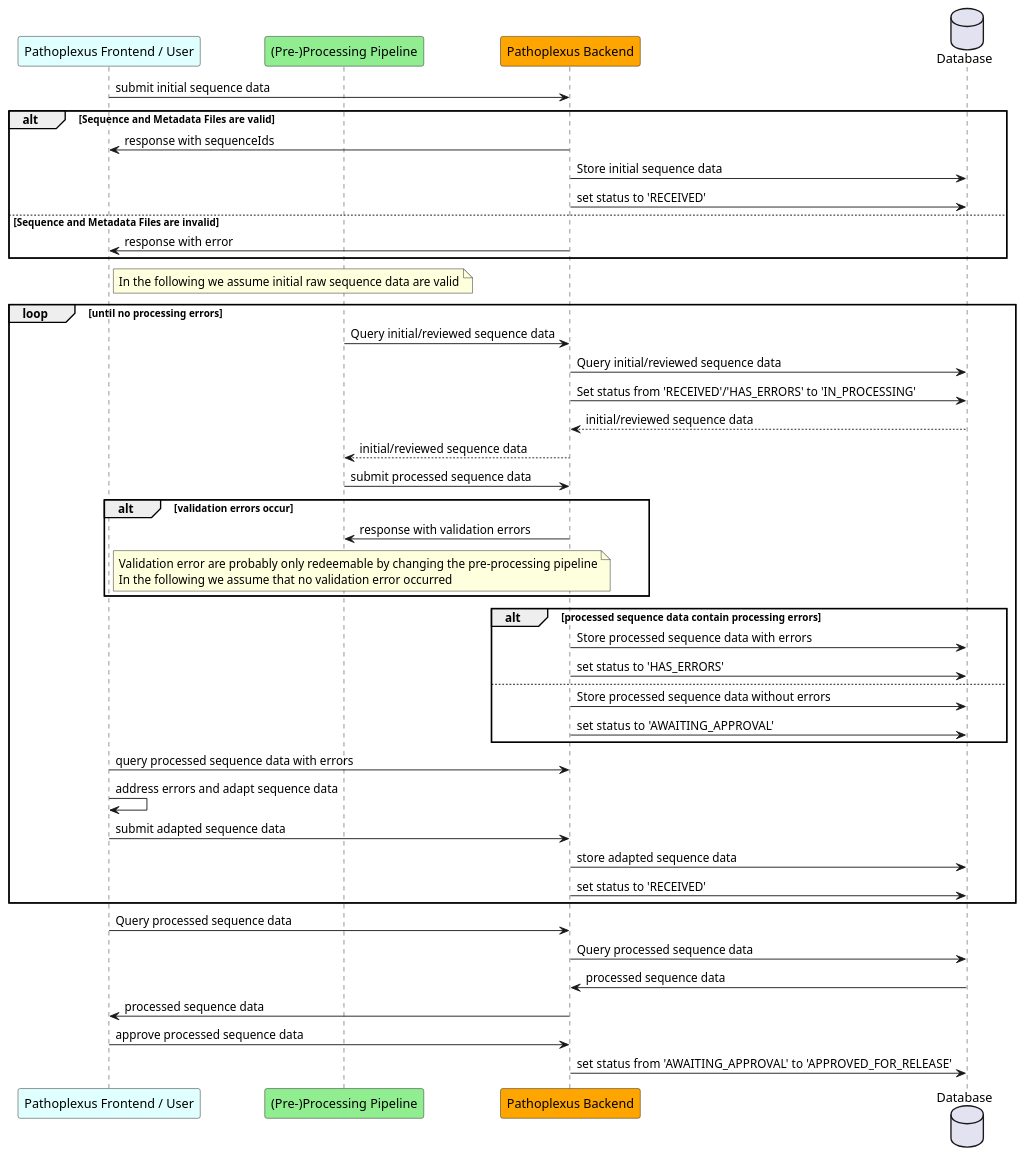
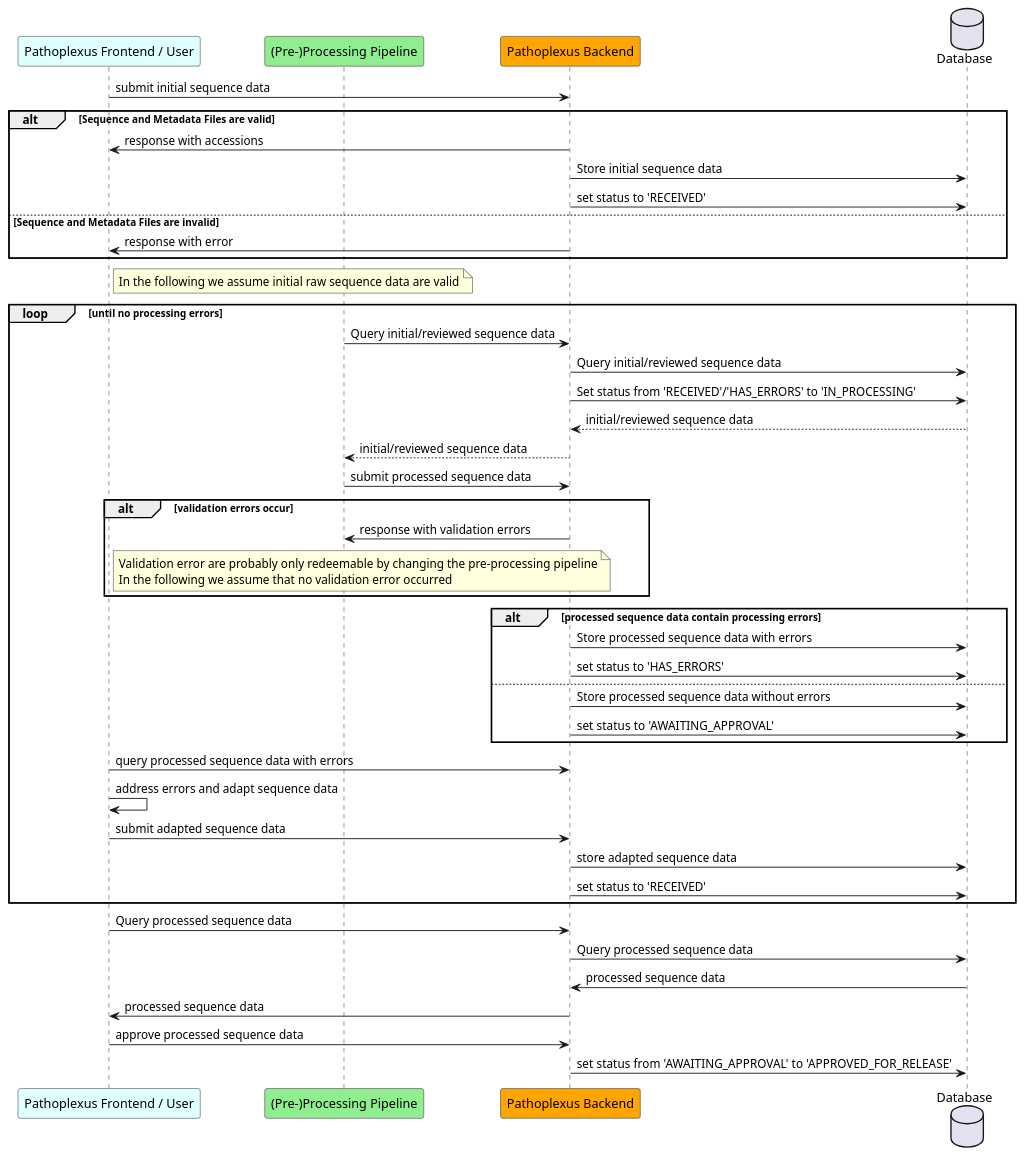
One commit to loculus-project/loculus changed the diagram in backend/docs/plantuml/sequenceInitialSubmission.puml. Above: the diagram before and after it, drawn with PlantUML. The commit also changed 95 other files, not shown here.

```diff
--- a/backend/docs/plantuml/sequenceInitialSubmission.puml
+++ b/backend/docs/plantuml/sequenceInitialSubmission.puml
@@ -1,61 +1,61 @@
 @startuml
     participant "Pathoplexus Frontend / User" as frontend #LightCyan
     participant "(Pre-)Processing Pipeline" as processing #LightGreen
     participant "Pathoplexus Backend" as backend #Orange
     database "Database" as DB
 
     frontend -> backend: submit initial sequence data
     alt Sequence and Metadata Files are valid
-        backend -> frontend: response with sequenceIds
+        backend -> frontend: response with accessions
         backend -> DB: Store initial sequence data
         backend -> DB: set status to 'RECEIVED'
     else Sequence and Metadata Files are invalid
         backend -> frontend: response with error
     end
 
    note right of frontend
       In the following we assume initial raw sequence data are valid
    end note
 
     loop until no processing errors
 
         processing -> backend: Query initial/reviewed sequence data
         backend -> DB: Query initial/reviewed sequence data
         backend -> DB: Set status from 'RECEIVED'/'HAS_ERRORS' to 'IN_PROCESSING'
         DB --> backend: initial/reviewed sequence data
         backend --> processing: initial/reviewed sequence data
 
         processing -> backend: submit processed sequence data
         alt validation errors occur
             backend -> processing: response with validation errors
              note right of frontend
                   Validation error are probably only redeemable by changing the pre-processing pipeline
                   In the following we assume that no validation error occurred
                end note
         end loop
 
         alt processed sequence data contain processing errors
             backend -> DB: Store processed sequence data with errors
             backend -> DB: set status to 'HAS_ERRORS'
         else
             backend -> DB: Store processed sequence data without errors
             backend -> DB: set status to 'AWAITING_APPROVAL'
         end
          frontend -> backend: query processed sequence data with errors
         frontend -> frontend: address errors and adapt sequence data
 
         frontend -> backend: submit adapted sequence data
         backend -> DB: store adapted sequence data
         backend -> DB: set status to 'RECEIVED'
     end loop
 
 
     frontend -> backend: Query processed sequence data
     backend -> DB: Query processed sequence data
     DB -> backend: processed sequence data
     backend -> frontend: processed sequence data
 
     frontend -> backend: approve processed sequence data
     backend -> DB: set status from 'AWAITING_APPROVAL' to 'APPROVED_FOR_RELEASE'
 
 @enduml
```
